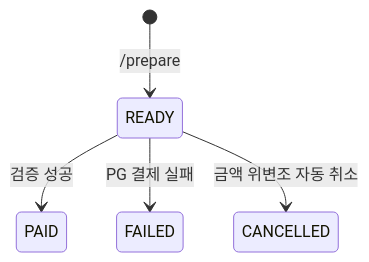
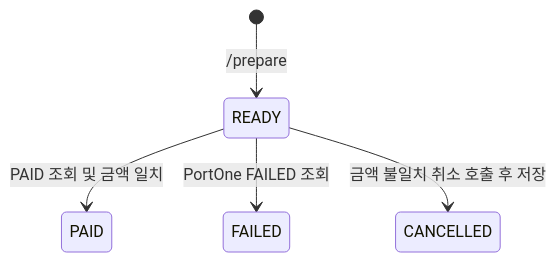
Before and after one commit to likelion-backend-25th/petory: the third of 3 diagrams in docs/02_design/01_architecture.md, drawn with Mermaid. The commit also changed other lines of this file, not shown here.

````diff
--- a/docs/02_design/01_architecture.md
+++ b/docs/02_design/01_architecture.md
@@ -158,7 +228,7 @@
 ```mermaid
 stateDiagram-v2
     [*] --> READY: /prepare
-    READY --> PAID: 검증 성공
-    READY --> FAILED: PG 결제 실패
-    READY --> CANCELLED: 금액 위변조 자동 취소
+    READY --> PAID: PAID 조회 및 금액 일치
+    READY --> FAILED: PortOne FAILED 조회
+    READY --> CANCELLED: 금액 불일치 취소 호출 후 저장
 ```
````
